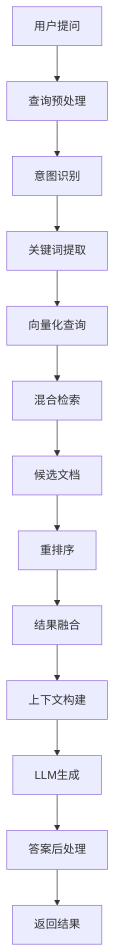
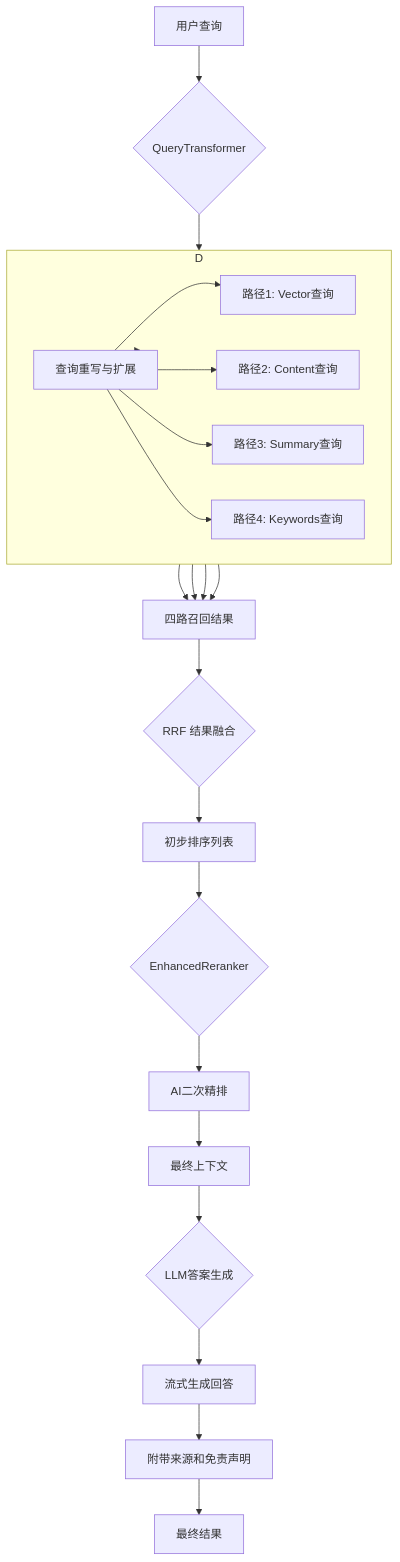
Before and after one commit to hqzhon/smart-rag: the second of 2 diagrams in docs/architecture.md, drawn with Mermaid. The commit also changed other lines of this file and 2 other files, not shown here.

````diff
--- a/docs/architecture.md
+++ b/docs/architecture.md
@@ -174,15 +44,23 @@
 ```mermaid
 flowchart TD
-    A[用户提问] --> B[查询预处理]
-    B --> C[意图识别]
-    C --> D[关键词提取]
-    D --> E[向量化查询]
-    E --> F[混合检索]
-    F --> G[候选文档]
-    G --> H[重排序]
-    H --> I[结果融合]
-    I --> J[上下文构建]
-    J --> K[LLM生成]
-    K --> L[答案后处理]
-    L --> M[返回结果]
+    A[用户查询] --> B{QueryTransformer};
+    B --> C[查询重写与扩展];
+    C --> D{AdvancedFusionRetriever};
+    subgraph D
+        direction LR
+        C --> D1[路径1: Vector查询];
+        C --> D2[路径2: Content查询];
+        C --> D3[路径3: Summary查询];
+        C --> D4[路径4: Keywords查询];
+    end
+    D1 & D2 & D3 & D4 --> E[四路召回结果];
+    E --> F{RRF 结果融合};
+    F --> G[初步排序列表];
+    G --> H{EnhancedReranker};
+    H --> I[AI二次精排];
+    I --> J[最终上下文];
+    J --> K{LLM答案生成};
+    K --> L[流式生成回答];
+    L --> M[附带来源和免责声明];
+    M --> N[最终结果];
 ```
````
